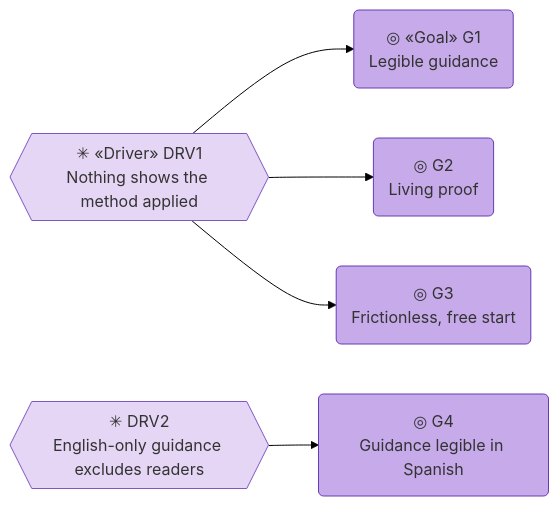
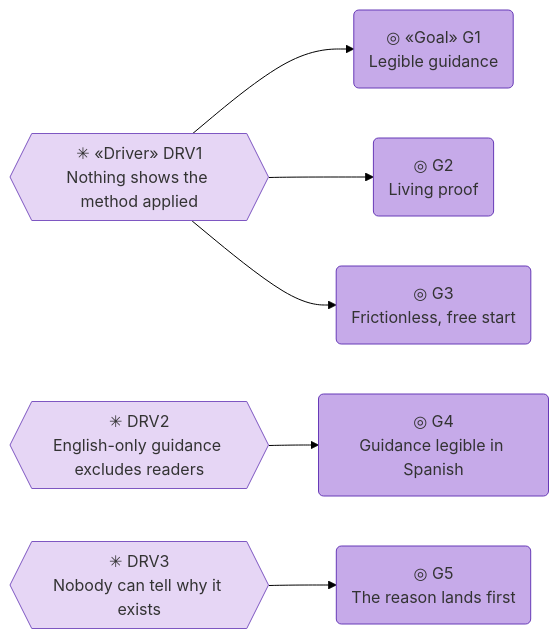
One commit to roanboc/architecture-archreator changed the third of 4 diagrams in site/docs/ea/1_strategy/1_motivation.md. Above: the diagram before and after it, drawn with Mermaid (forest theme). The commit also changed other lines of this file and 24 other files, not shown here.

````diff
--- a/site/docs/ea/1_strategy/1_motivation.md
+++ b/site/docs/ea/1_strategy/1_motivation.md
@@ -74,18 +78,21 @@
 ```mermaid
 flowchart LR
   drv1{{"✳ «Driver» DRV1<br>Nothing shows the method applied"}}:::driver
   drv2{{"✳ DRV2<br>English-only guidance excludes readers"}}:::driver
+  drv3{{"✳ DRV3<br>Nobody can tell why it exists"}}:::driver
 
   g1("◎ «Goal» G1<br>Legible guidance"):::goal
   g2("◎ G2<br>Living proof"):::goal
   g3("◎ G3<br>Frictionless, free start"):::goal
   g4("◎ G4<br>Guidance legible in Spanish"):::goal
+  g5("◎ G5<br>The reason lands first"):::goal
 
   drv1 --> g1
   drv1 --> g2
   drv1 --> g3
   drv2 --> g4
+  drv3 --> g5
 
   classDef driver fill:#e6d6f5,stroke:#7e57c2,color:#333
   classDef goal fill:#c6aae9,stroke:#673ab7,color:#333
 ```
````
